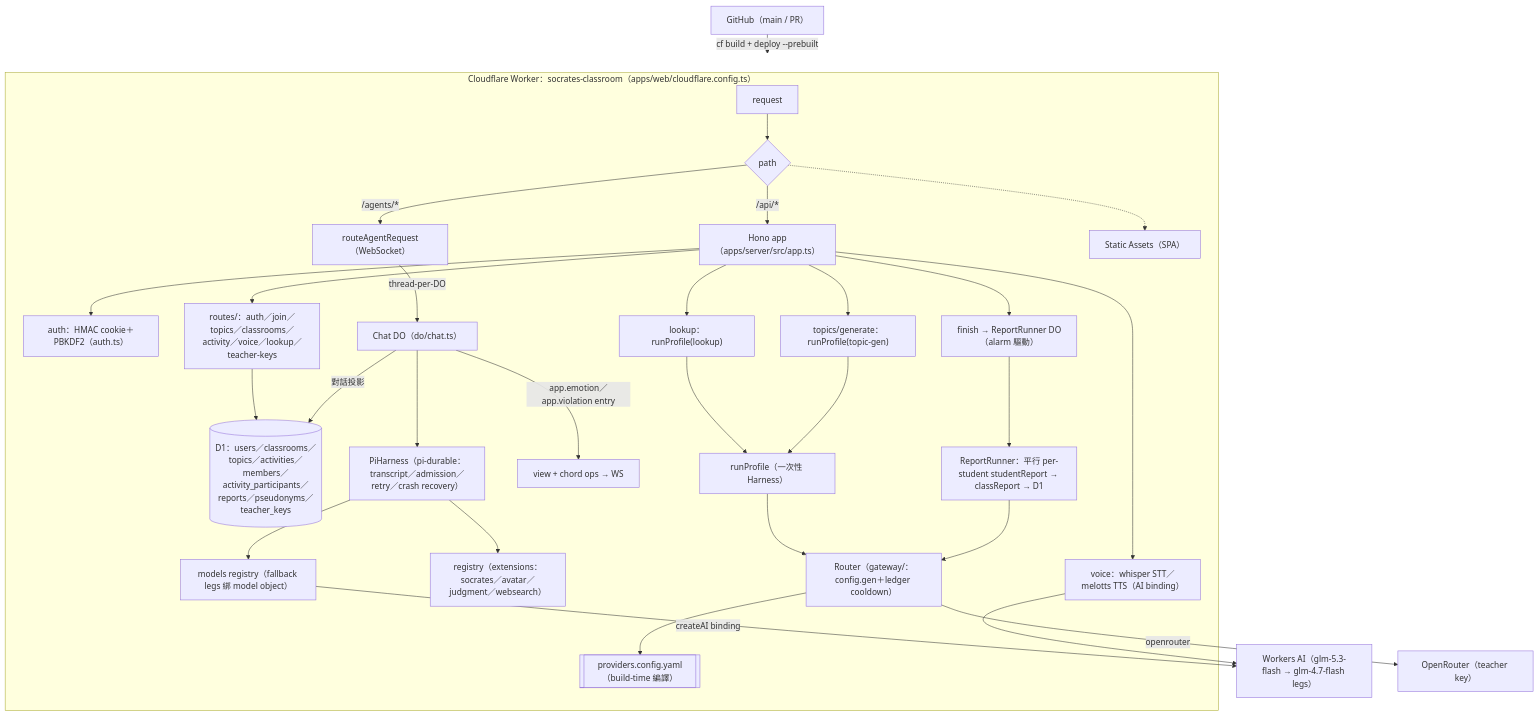
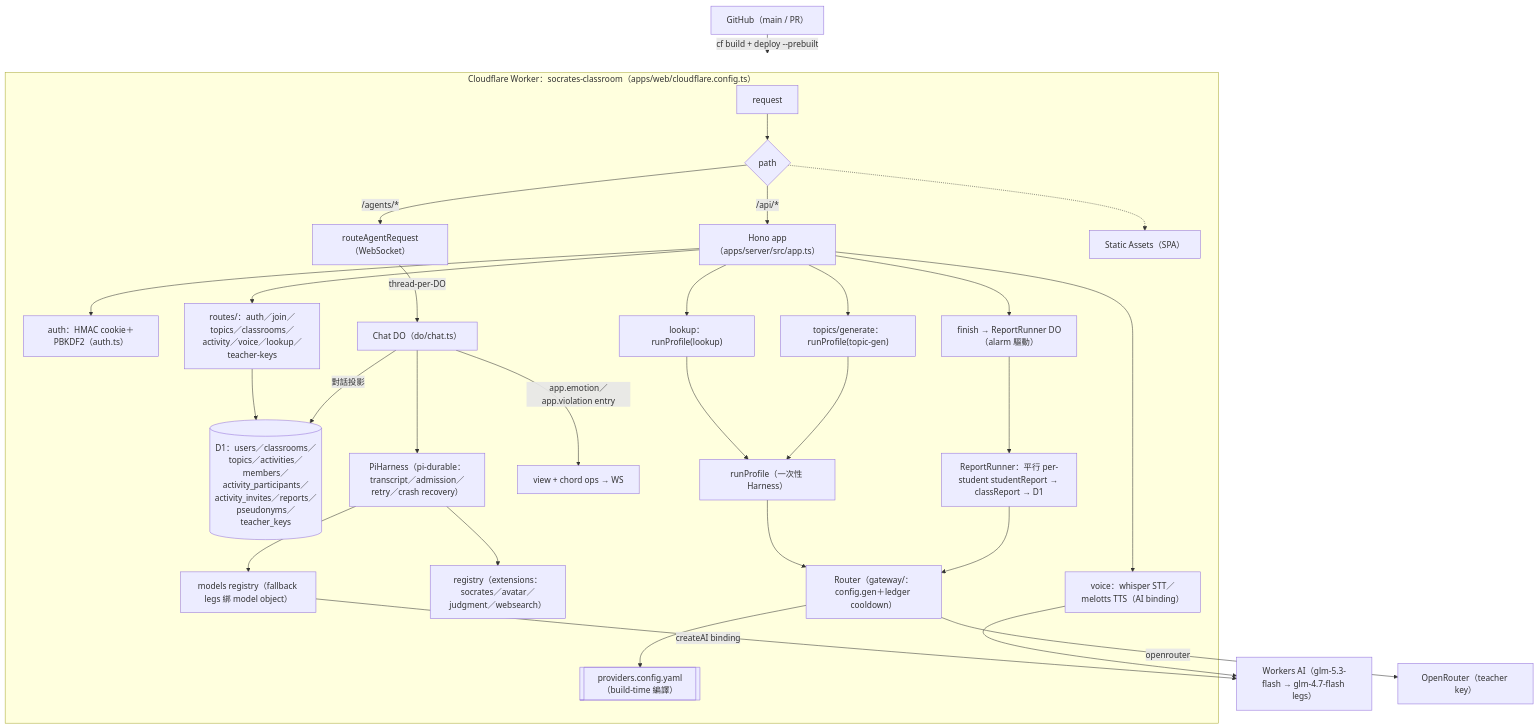
One commit to ntnu-swe-2026-team4/socrates-classroom changed the diagram in docs/architecture.md. Above: the diagram before and after it, drawn with Mermaid. The commit also changed other lines of this file and 29 other files, not shown here.

````diff
--- a/docs/architecture.md
+++ b/docs/architecture.md
@@ -21,38 +21,38 @@
 ```mermaid
 flowchart TD
     GH["GitHub（main / PR）"] -->|"cf build + deploy --prebuilt"| WORKER
 
     subgraph WORKER["Cloudflare Worker：socrates-classroom（apps/web/cloudflare.config.ts）"]
         REQ["request"] --> SPLIT{"path"}
         SPLIT -->|"/api/*"| HONO["Hono app（apps/server/src/app.ts）"]
         SPLIT -->|"/agents/*"| AGENT["routeAgentRequest（WebSocket）"]
         SPLIT -.-> SA["Static Assets（SPA）"]
 
         HONO --> AUTH["auth：HMAC cookie＋PBKDF2（auth.ts）"]
         HONO --> ROUTES["routes/：auth／join／topics／classrooms／activity／voice／lookup／teacher-keys"]
-        ROUTES --> DB[("D1：users／classrooms／topics／activities／members／activity_participants／reports／pseudonyms／teacher_keys")]
+        ROUTES --> DB[("D1：users／classrooms／topics／activities／members／activity_participants／activity_invites／reports／pseudonyms／teacher_keys")]
         HONO --> VOICE["voice：whisper STT／melotts TTS（AI binding）"]
         HONO --> LOOKUP["lookup：runProfile(lookup)"]
         HONO --> GEN["topics/generate：runProfile(topic-gen)"]
         HONO --> FINISH["finish → ReportRunner DO（alarm 驅動）"]
 
         AGENT -->|"thread-per-DO"| CHAT["Chat DO（do/chat.ts）"]
         CHAT --> PH["PiHarness（pi-durable：transcript／admission／retry／crash recovery）"]
         PH --> REG["registry（extensions：socrates／avatar／judgment／websearch）"]
         PH --> MODELS["models registry（fallback legs 綁 model object）"]
         CHAT -->|"app.emotion／app.violation entry"| VIEW["view + chord ops → WS"]
         CHAT -->|"對話投影"| DB
 
         LOOKUP --> RP["runProfile（一次性 Harness）"]
         GEN --> RP
         RP --> ROUTER["Router（gateway/：config.gen＋ledger cooldown）"]
         ROUTER --> CFG[["providers.config.yaml（build-time 編譯）"]]
         FINISH --> RR["ReportRunner：平行 per-student studentReport → classReport → D1"]
         RR --> ROUTER
     end
 
     MODELS -->|"createAI binding"| WAI["Workers AI（glm-5.3-flash → glm-4.7-flash legs）"]
 
     ROUTER -->|"openrouter"| OR["OpenRouter（teacher key）"]
     VOICE --> WAI
 ```
````
